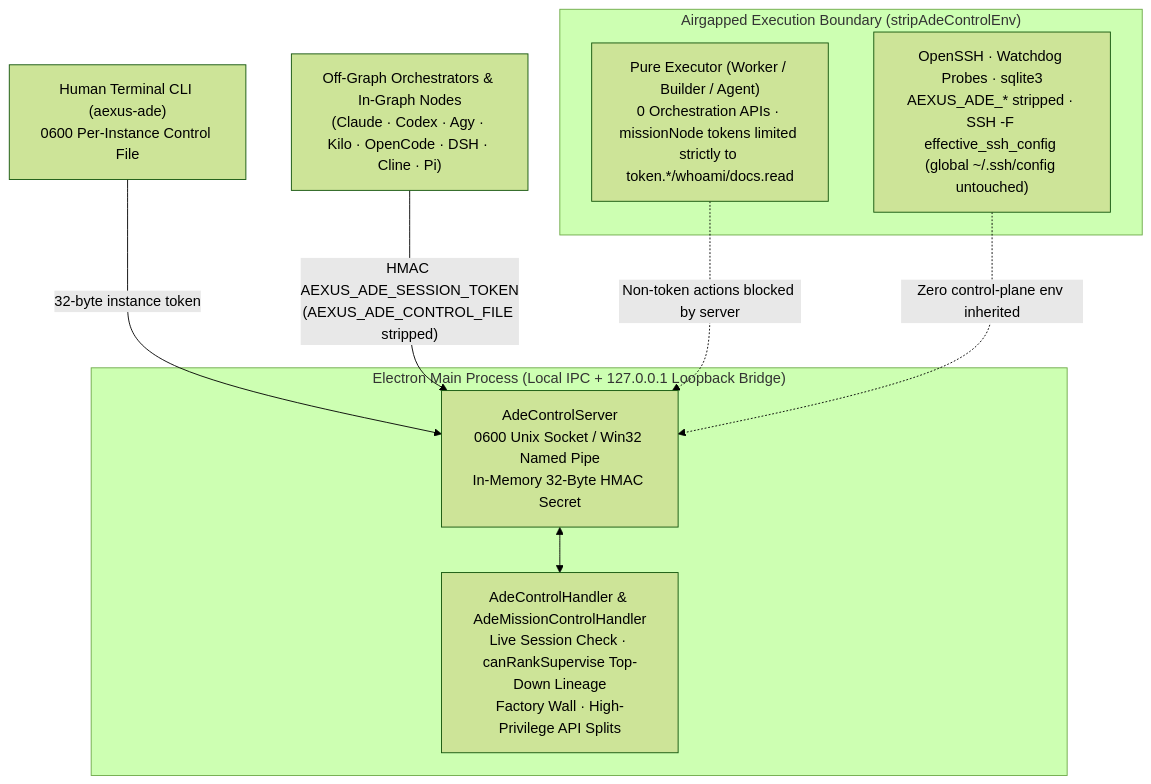
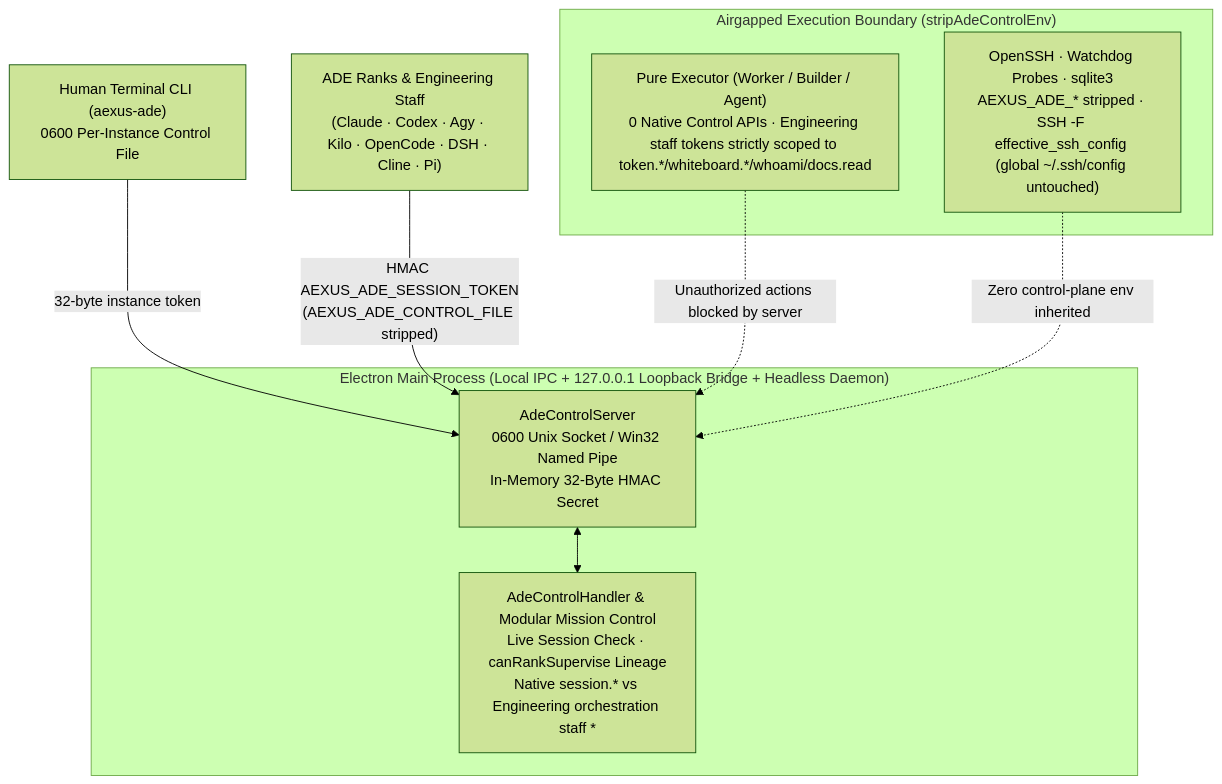
The second of 2 diagrams in README.md (Daijunfan/Aexus-Code), drawn with Mermaid (forest theme) before and after one commit. The commit also changed other lines of this file and 184 other files, not shown here.

````diff
--- a/README.md
+++ b/README.md
@@ -77,19 +76,19 @@
 ```mermaid
 flowchart TB
-    subgraph Main["Electron Main Process (Local IPC + 127.0.0.1 Loopback Bridge)"]
+    subgraph Main["Electron Main Process (Local IPC + 127.0.0.1 Loopback Bridge + Headless Daemon)"]
         CS["AdeControlServer<br/>0600 Unix Socket / Win32 Named Pipe<br/>In-Memory 32-Byte HMAC Secret"]
-        RBAC["AdeControlHandler &amp; AdeMissionControlHandler<br/>Live Session Check · canRankSupervise Top-Down Lineage<br/>Factory Wall · High-Privilege API Splits"]
+        RBAC["AdeControlHandler &amp; Modular Mission Control<br/>Live Session Check · canRankSupervise Lineage<br/>Native session.* vs Engineering orchestration staff *"]
         CS <--> RBAC
     end
 
     HUMAN["Human Terminal CLI (aexus-ade)<br/>0600 Per-Instance Control File"] -->|"32-byte instance token"| CS
-    ORCH["Off-Graph Orchestrators &amp; In-Graph Nodes<br/>(Claude · Codex · Agy · Kilo · OpenCode · DSH · Cline · Pi)"] -->|"HMAC AEXUS_ADE_SESSION_TOKEN<br/>(AEXUS_ADE_CONTROL_FILE stripped)"| CS
+    ORCH["ADE Ranks &amp; Engineering Staff<br/>(Claude · Codex · Agy · Kilo · OpenCode · DSH · Cline · Pi)"] -->|"HMAC AEXUS_ADE_SESSION_TOKEN<br/>(AEXUS_ADE_CONTROL_FILE stripped)"| CS
 
     subgraph Airgap["Airgapped Execution Boundary (stripAdeControlEnv)"]
-        PURE["Pure Executor (Worker / Builder / Agent)<br/>0 Orchestration APIs · missionNode tokens limited strictly to token.*/whoami/docs.read"]
+        PURE["Pure Executor (Worker / Builder / Agent)<br/>0 Native Control APIs · Engineering staff tokens strictly scoped to token.*/whiteboard.*/whoami/docs.read"]
         SUB["OpenSSH · Watchdog Probes · sqlite3<br/>AEXUS_ADE_* stripped · SSH -F effective_ssh_config (global ~/.ssh/config untouched)"]
     end
 
-    PURE -.->|"Non-token actions blocked by server"| CS
+    PURE -.->|"Unauthorized actions blocked by server"| CS
     SUB -.->|"Zero control-plane env inherited"| CS
 ```
````
